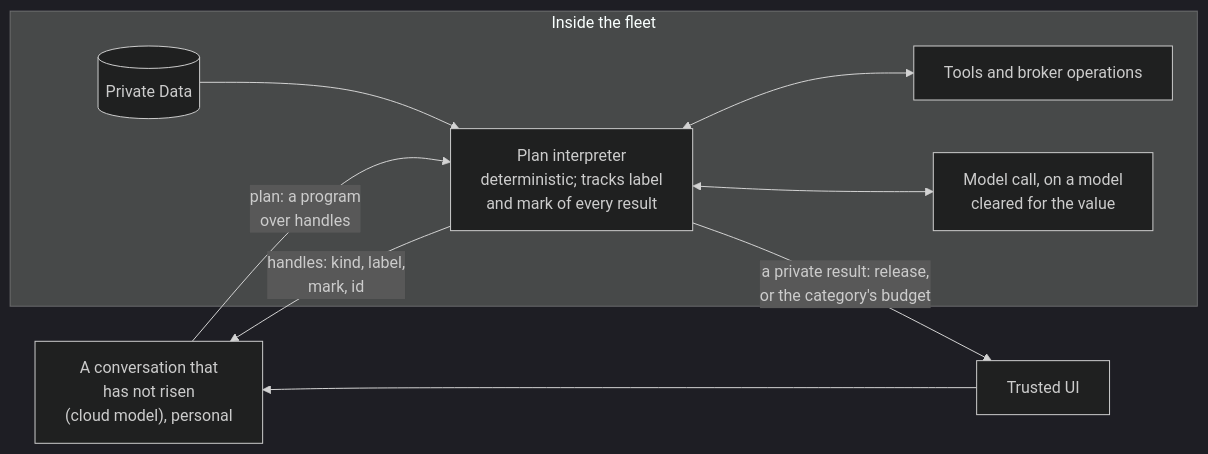
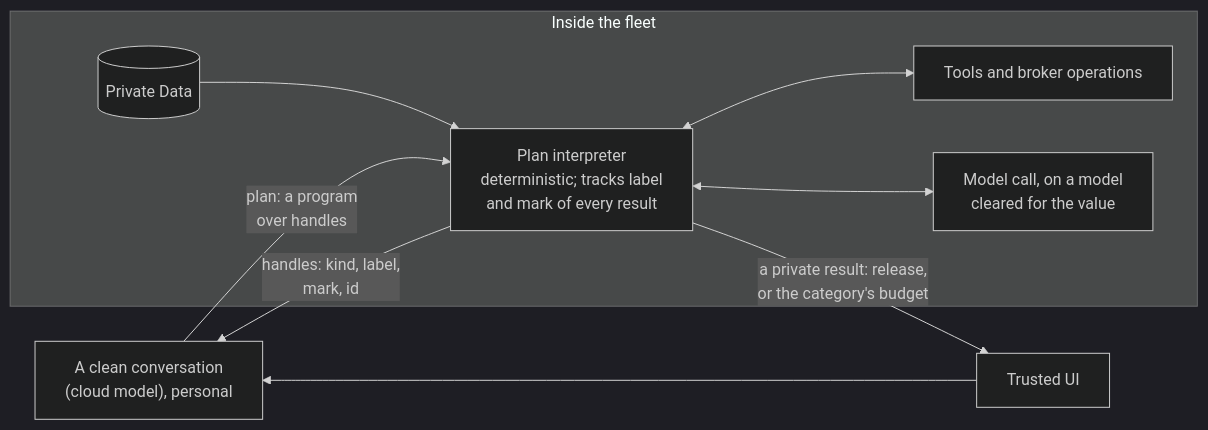
The sixth of 7 diagrams in docs/architecture/capability-model.md (crowbaros/crowbaros), drawn with Mermaid (dark theme) before and after one commit. The commit also changed other lines of this file and 17 other files, not shown here.

````diff
--- a/docs/architecture/capability-model.md
+++ b/docs/architecture/capability-model.md
@@ -802,16 +813,16 @@
 ```mermaid
 flowchart LR
-    AG["A conversation that<br/>has not risen<br/>(cloud model), personal"] -->|"plan: a program<br/>over handles"| IN
+    AG["A clean conversation<br/>(cloud model), personal"] -->|"plan: a program<br/>over handles"| IN
     subgraph FLEET["Inside the fleet"]
         IN["Plan interpreter<br/>deterministic; tracks label<br/>and mark of every result"]
         D[("Private Data")]
         T["Tools and broker operations"]
         M["Model call, on a model<br/>cleared for the value"]
         D --> IN
         IN <--> T
         IN <--> M
     end
     IN -->|"handles: kind, label,<br/>mark, id"| AG
     IN -->|"a private result: release,<br/>or the category's budget"| R["Trusted UI"]
     R --> AG
 ```
````
